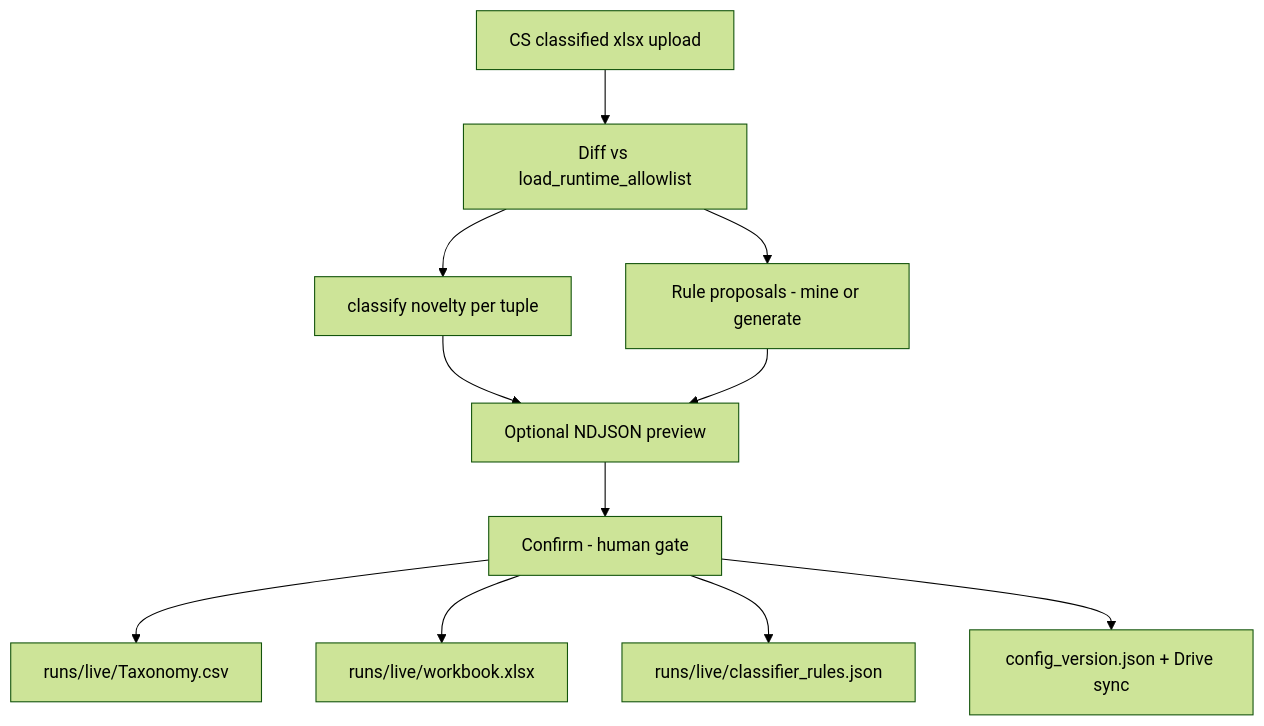
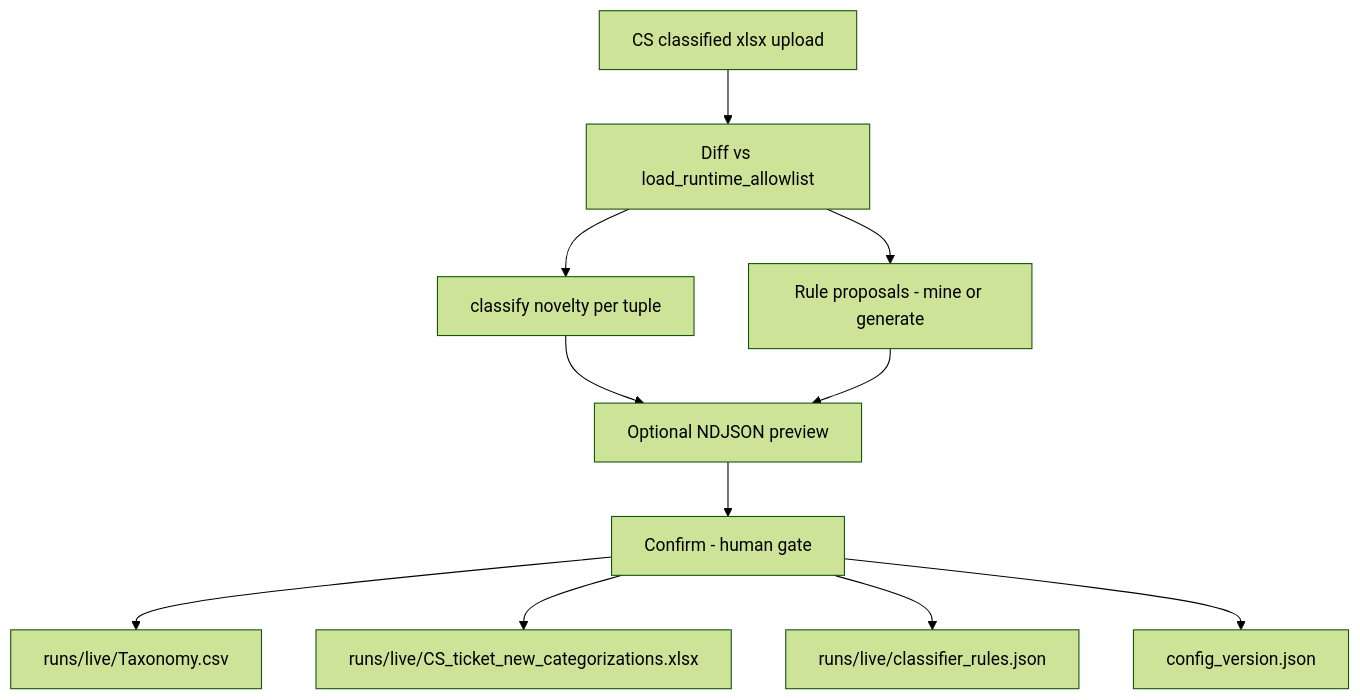
Before and after one commit to crawmacncheese/CS-Ticket-Classification: the diagram in docs/plans/2026-06-12-hybrid-allowlist-update.md, drawn with Mermaid (forest theme). The commit also changed other lines of this file and 32 other files, not shown here.

````diff
--- a/docs/plans/2026-06-12-hybrid-allowlist-update.md
+++ b/docs/plans/2026-06-12-hybrid-allowlist-update.md
@@ -40,21 +40,21 @@
 ```mermaid
 flowchart TB
   UP[CS classified xlsx upload]
   DIFF[Diff vs load_runtime_allowlist]
   CLASS[classify novelty per tuple]
   RULES[Rule proposals - mine or generate]
   PREV[Optional NDJSON preview]
   CONF[Confirm - human gate]
 
   UP --> DIFF
   DIFF --> CLASS
   DIFF --> RULES
   CLASS --> PREV
   RULES --> PREV
   PREV --> CONF
 
   CONF --> CSV[runs/live/Taxonomy.csv]
-  CONF --> WB[runs/live/workbook.xlsx]
+  CONF --> WB[runs/live/CS_ticket_new_categorizations.xlsx]
   CONF --> RJ[runs/live/classifier_rules.json]
-  CONF --> VER[config_version.json + Drive sync]
+  CONF --> VER[config_version.json]
 ```
````
